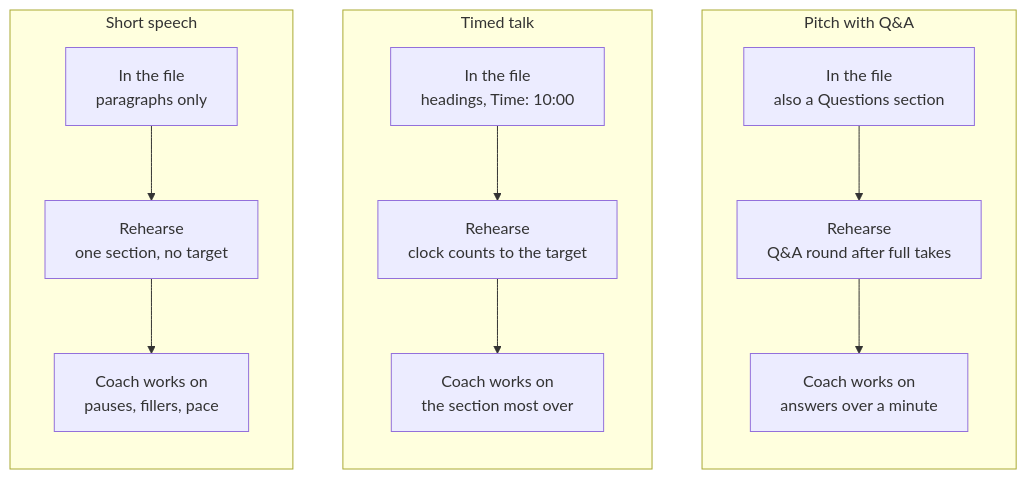
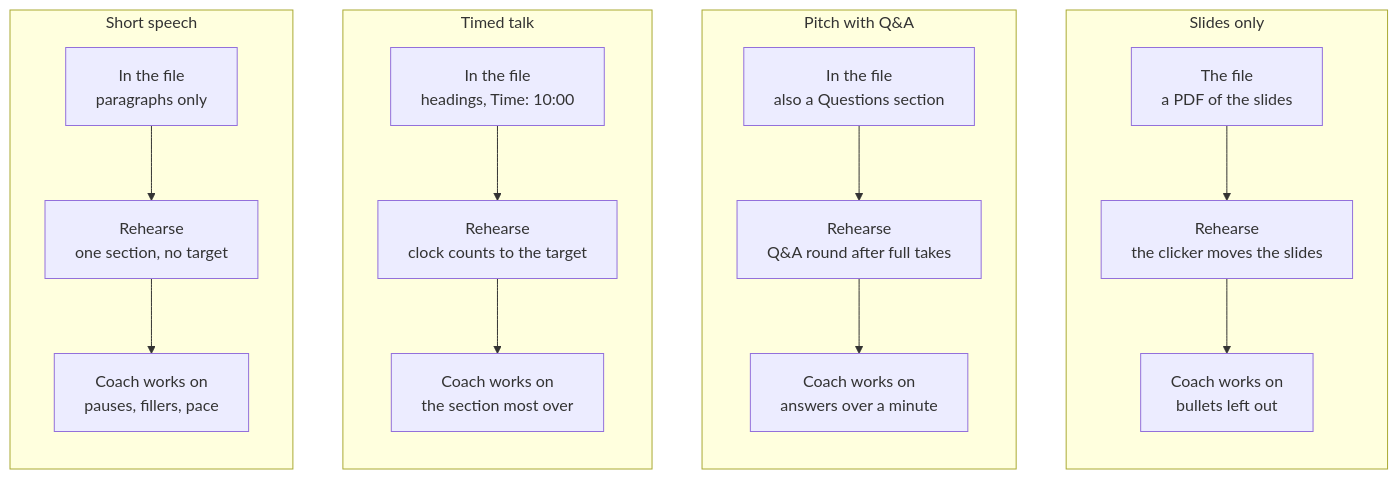
Before and after one commit to scienseize/Palmcards: the second of 2 diagrams in README.md, drawn with Mermaid. The commit also changed other lines of this file and 18 other files, not shown here.

First line of the commit message:
Slides in a take: a PDF as the speech, or added to written notes

````diff
--- a/README.md
+++ b/README.md
@@ -31,16 +31,20 @@
 ```mermaid
 flowchart LR
     subgraph speech["Short speech"]
         direction TB
         s1["In the file<br/>paragraphs only"] --> s2["Rehearse<br/>one section, no target"] --> s3["Coach works on<br/>pauses, fillers, pace"]
     end
     subgraph talk["Timed talk"]
         direction TB
         t1["In the file<br/>headings, Time: 10:00"] --> t2["Rehearse<br/>clock counts to the target"] --> t3["Coach works on<br/>the section most over"]
     end
     subgraph pitch["Pitch with Q&A"]
         direction TB
         p1["In the file<br/>also a Questions section"] --> p2["Rehearse<br/>Q&A round after full takes"] --> p3["Coach works on<br/>answers over a minute"]
     end
-    speech ~~~ talk ~~~ pitch
+    subgraph deck["Slides only"]
+        direction TB
+        d1["The file<br/>a PDF of the slides"] --> d2["Rehearse<br/>the clicker moves the slides"] --> d3["Coach works on<br/>bullets left out"]
+    end
+    speech ~~~ talk ~~~ pitch ~~~ deck
 ```
````
